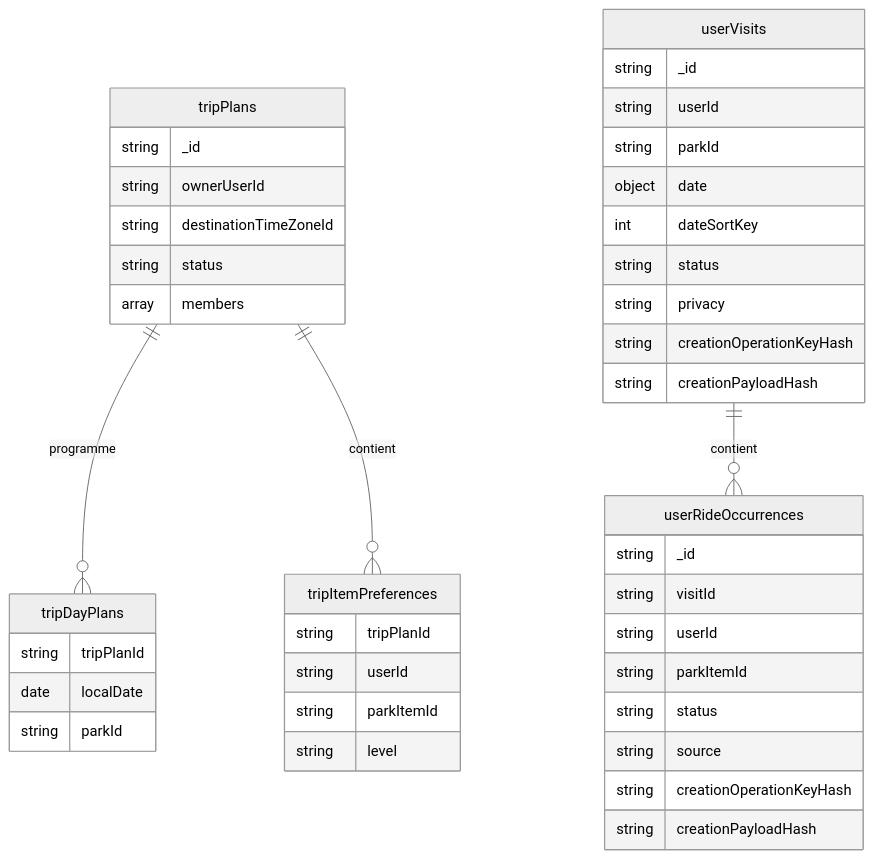
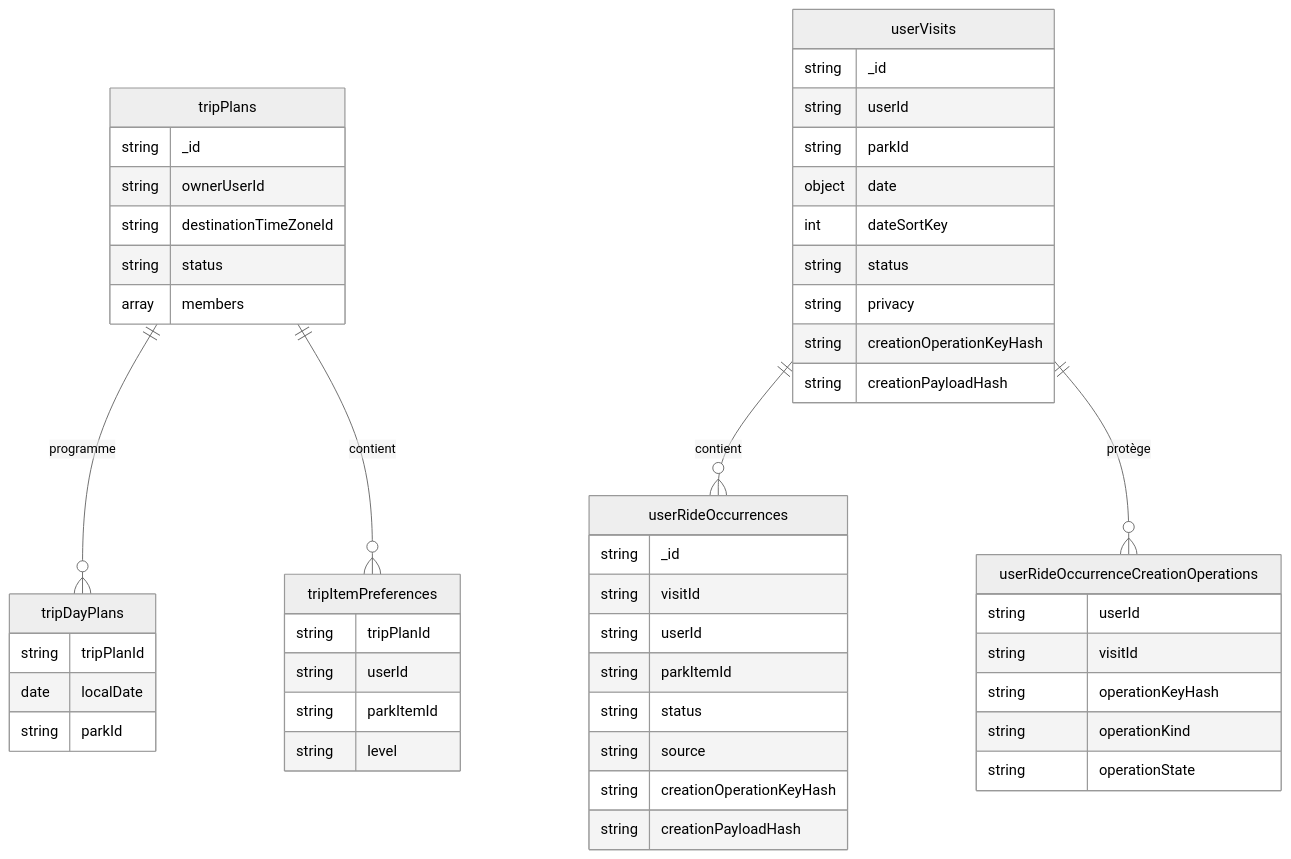
One commit to Ced59/AmusementParkProject changed the fifth of 5 diagrams in docs/architecture/product-growth-trip-12-passport-transition-2026-09-25.md. Above: the diagram before and after it, drawn with Mermaid (neutral theme). The commit also changed other lines of this file and 35 other files, not shown here.

````diff
--- a/docs/architecture/product-growth-trip-12-passport-transition-2026-09-25.md
+++ b/docs/architecture/product-growth-trip-12-passport-transition-2026-09-25.md
@@ -207,46 +223,54 @@
 ```mermaid
 erDiagram
     tripPlans ||--o{ tripDayPlans : programme
     tripPlans ||--o{ tripItemPreferences : contient
     userVisits ||--o{ userRideOccurrences : contient
+    userVisits ||--o{ userRideOccurrenceCreationOperations : protège
 
     tripPlans {
       string _id
       string ownerUserId
       string destinationTimeZoneId
       string status
       array members
     }
     tripDayPlans {
       string tripPlanId
       date localDate
       string parkId
     }
     tripItemPreferences {
       string tripPlanId
       string userId
       string parkItemId
       string level
     }
     userVisits {
       string _id
       string userId
       string parkId
       object date
       int dateSortKey
       string status
       string privacy
       string creationOperationKeyHash
       string creationPayloadHash
     }
     userRideOccurrences {
       string _id
       string visitId
       string userId
       string parkItemId
       string status
       string source
       string creationOperationKeyHash
       string creationPayloadHash
     }
+    userRideOccurrenceCreationOperations {
+      string userId
+      string visitId
+      string operationKeyHash
+      string operationKind
+      string operationState
+    }
 ```
````
